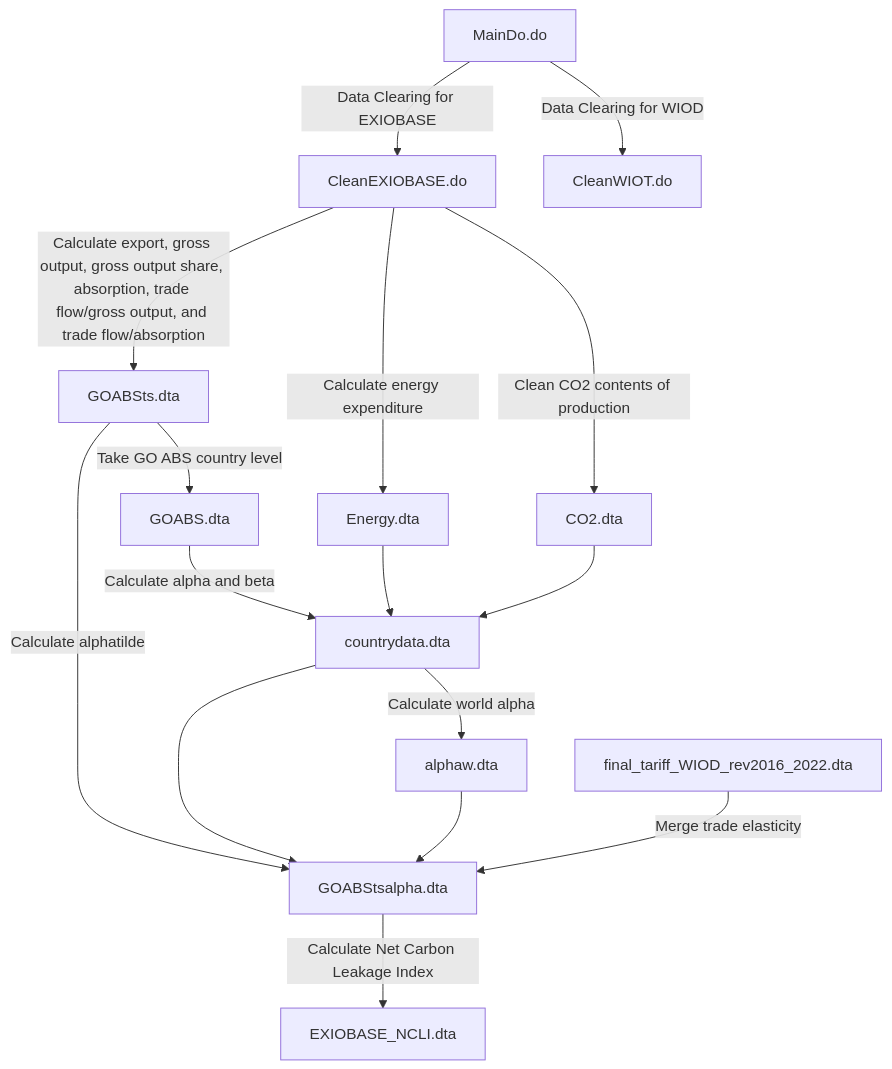
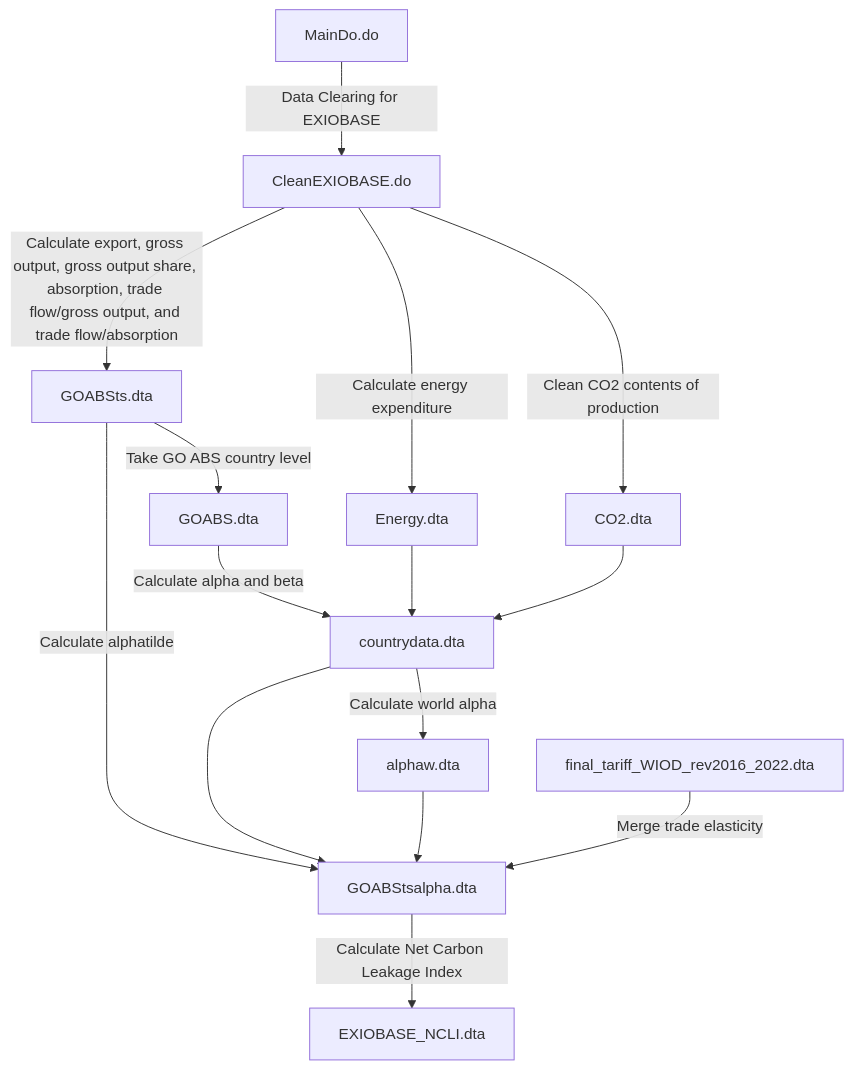
The diagram in README.md (AkariOno/Trade_Carbon), drawn with Mermaid before and after one commit.

````diff
--- a/README.md
+++ b/README.md
@@ -17,18 +17,17 @@
 ```mermaid
 graph TD;
     A[MainDo.do] --> |Data Clearing for EXIOBASE|B[CleanEXIOBASE.do]
-    A --> |Data Clearing for WIOD|C[CleanWIOT.do]
     B --> |Calculate export, gross output, gross output share, absorption, trade flow/gross output, and trade flow/absorption|D[GOABSts.dta]
     D --> |Take GO ABS country level|E[GOABS.dta]
     B --> |Calculate energy expenditure|F[Energy.dta]
     B --> |Clean CO2 contents of production|G[CO2.dta]
     E --> |Calculate alpha and beta|H[countrydata.dta]
     F --> H
     G --> H
     H --> |Calculate world alpha|I[alphaw.dta]
     D --> |Calculate alphatilde|J[GOABStsalpha.dta]
     H --> J
     I --> J
     K[final_tariff_WIOD_rev2016_2022.dta] --> |Merge trade elasticity|J
     J --> |Calculate Net Carbon Leakage Index|L[EXIOBASE_NCLI.dta]
 ```
````
